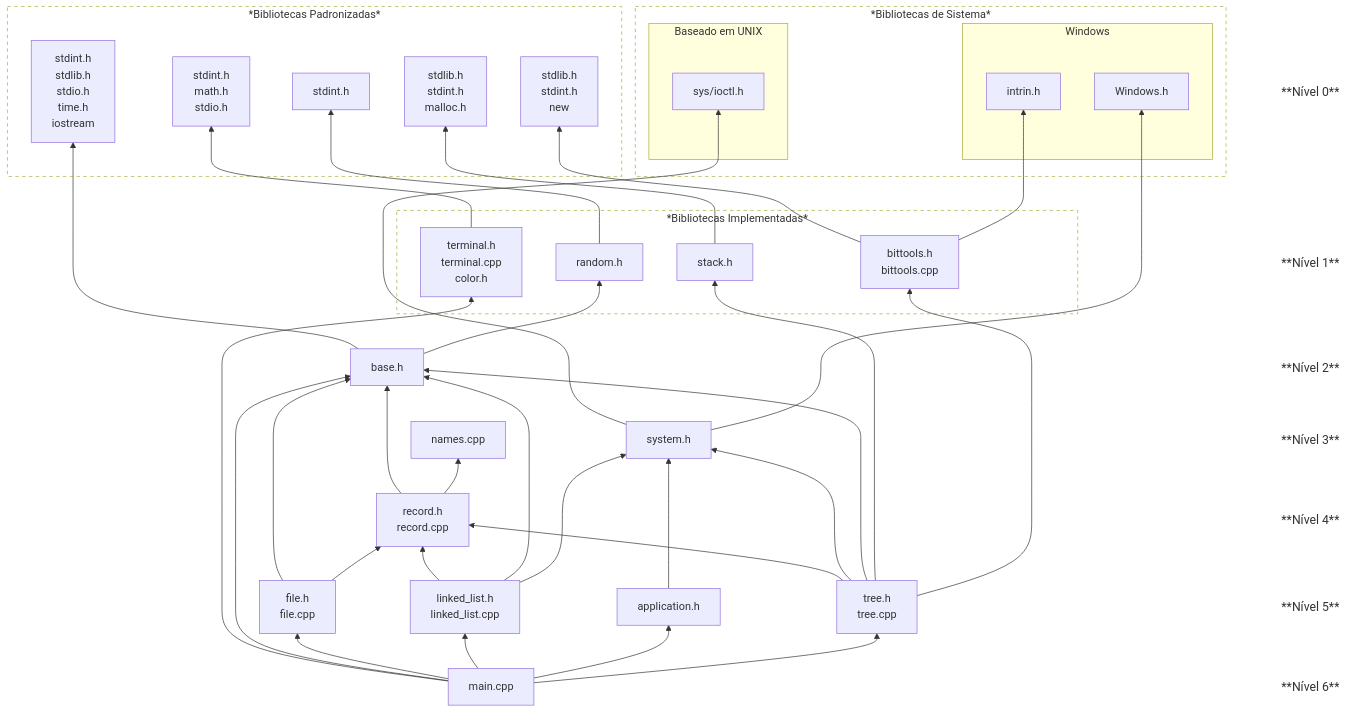
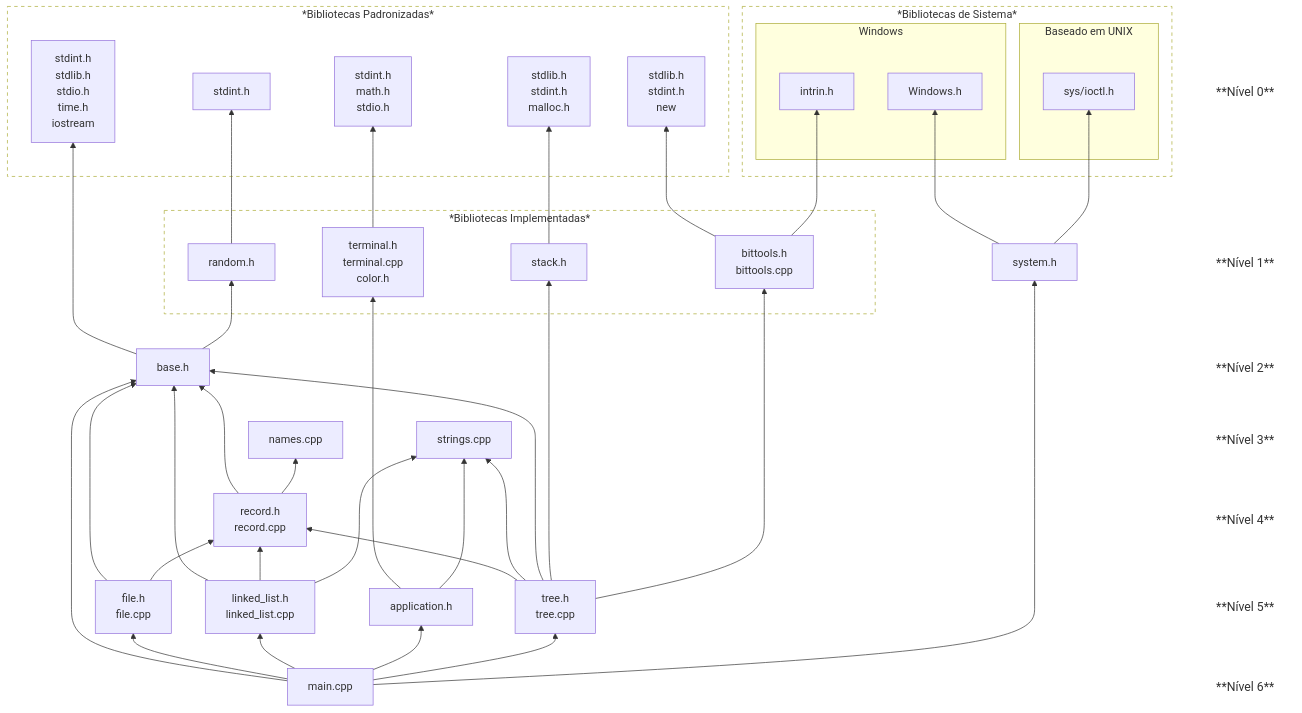
The diagram in README.md (alan-b-lima/Binary_Tree), drawn with Mermaid before and after one commit. The commit also changed other lines of this file and 6 other files, not shown here.

```diff
--- a/README.md
+++ b/README.md
@@ -67,27 +67,27 @@
 flowchart BT;
 
    subgraph syslibs[*Bibliotecas de Sistema*]
+      subgraph UNIX[Baseado em UNIX]
+         sys/ioctl.h
+      end
+
       subgraph Windows
          intrin.h
          Windows.h
-      end
-
-      subgraph UNIX[Baseado em UNIX]
-         sys/ioctl.h
       end
    end
    
    subgraph stdlibs[*Bibliotecas Padronizadas*]
       base_incl[stdint.h <br> stdlib.h <br> stdio.h <br> time.h <br> iostream]
+      random_incl[stdint.h]
       terminal_incl[stdint.h <br> math.h <br> stdio.h]
-      random_incl[stdint.h]
       stack_incl[stdlib.h <br> stdint.h <br> malloc.h]
       bittools_incl[stdlib.h <br> stdint.h <br> new]
    end
 
    subgraph usrlibs[*Bibliotecas Implementadas*]
+      random.h
       terminal.h
-      random.h
       stack.h
       bittools.h
    end
@@ -123,24 +123,25 @@
       tree.cpp
    ]
 
-   main.cpp --> terminal.h
    main.cpp --> base.h
    main.cpp --> file.h
    main.cpp --> linked_list.h
    main.cpp --> application.h
    main.cpp --> tree.h
+   main.cpp --> system.h
 
    file.h --> base.h
    file.h --> record.h
    
+   linked_list.h --> base.h
    linked_list.h --> record.h
-   linked_list.h --> base.h
-   linked_list.h ---> system.h
+   linked_list.h ---> strings.cpp
    
-   application.h ---> system.h
+   application.h --> terminal.h
+   application.h ---> strings.cpp
 
    tree.h --> record.h
-   tree.h ---> system.h
+   tree.h ---> strings.cpp
    tree.h --> base.h
    tree.h ---> stack.h
    tree.h ---> bittools.h
@@ -151,8 +152,8 @@
    base.h --> base_incl
    base.h --> random.h
 
+   system.h --> Windows.h
    system.h --> sys/ioctl.h
-   system.h --> Windows.h
    
    terminal.h --> terminal_incl
    
```
